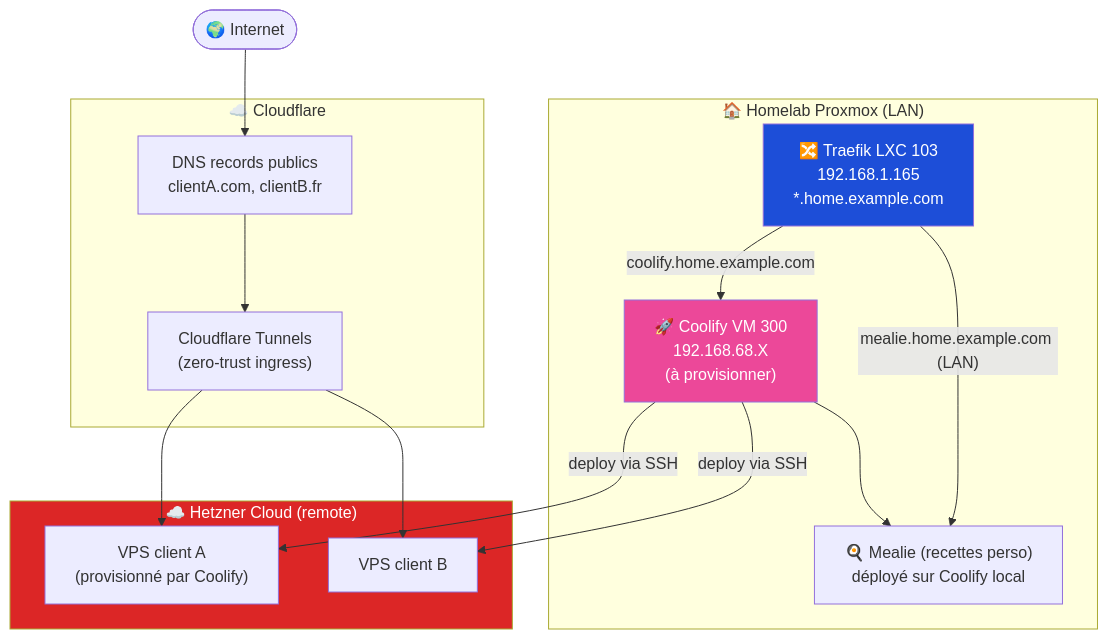
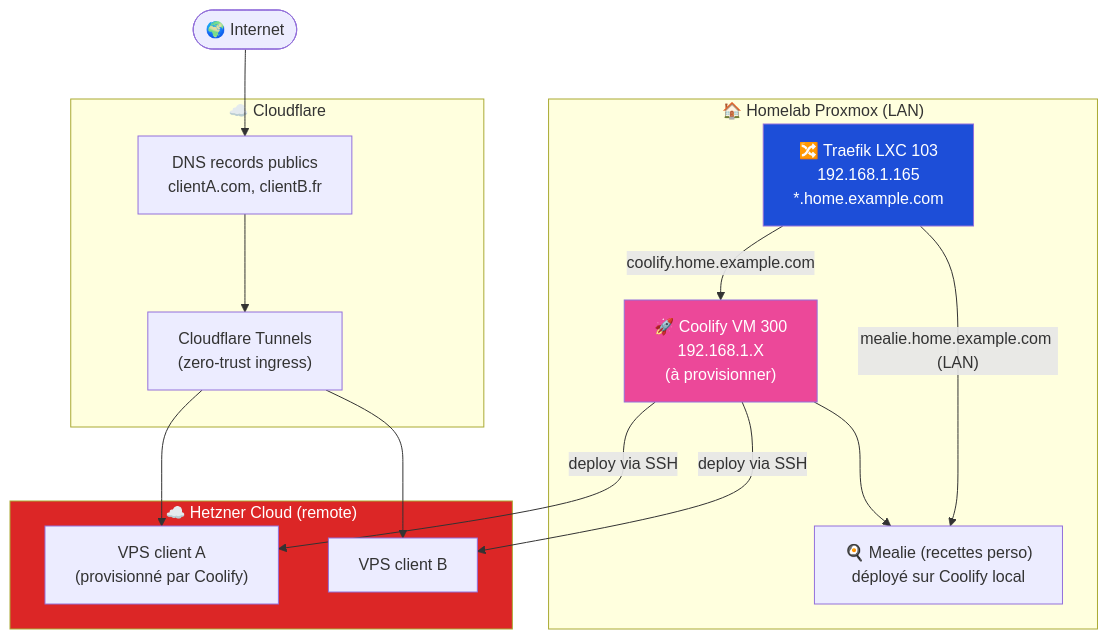
Before and after one commit to breaching/homelab-blueprint: the diagram in docs/11-coolify.md, drawn with Mermaid. The commit also changed 2 other files, not shown here.

Commit message:
fix: anonymiser les valeurs dans le diagramme et 2 docs ratees

````diff
--- a/docs/11-coolify.md
+++ b/docs/11-coolify.md
@@ -13,34 +13,34 @@
 ```mermaid
 flowchart TB
     subgraph Lab ["🏠 Homelab Proxmox (LAN)"]
         Traefik["🔀 Traefik LXC 103<br/>192.168.1.165<br/>*.home.example.com"]
-        Coolify["🚀 Coolify VM 300<br/>192.168.68.X<br/>(à provisionner)"]
+        Coolify["🚀 Coolify VM 300<br/>192.168.1.X<br/>(à provisionner)"]
         Mealie["🍳 Mealie (recettes perso)<br/>déployé sur Coolify local"]
     end
 
     subgraph Hetzner ["☁️ Hetzner Cloud (remote)"]
         VPS1["VPS client A<br/>(provisionné par Coolify)"]
         VPS2["VPS client B"]
     end
 
     subgraph CF ["☁️ Cloudflare"]
         Tunnel["Cloudflare Tunnels<br/>(zero-trust ingress)"]
         DNS["DNS records publics<br/>clientA.com, clientB.fr"]
     end
 
     Internet([🌍 Internet]) --> DNS
     DNS --> Tunnel
     Tunnel --> VPS1
     Tunnel --> VPS2
 
     Coolify -->|"deploy via SSH"| VPS1
     Coolify -->|"deploy via SSH"| VPS2
     Coolify --> Mealie
 
     Traefik -->|"coolify.home.example.com"| Coolify
     Traefik -->|"mealie.home.example.com (LAN)"| Mealie
 
     style Coolify fill:#ec4899,color:#fff
     style Traefik fill:#1d4ed8,color:#fff
     style Hetzner fill:#dc2626,color:#fff
 ```
````
